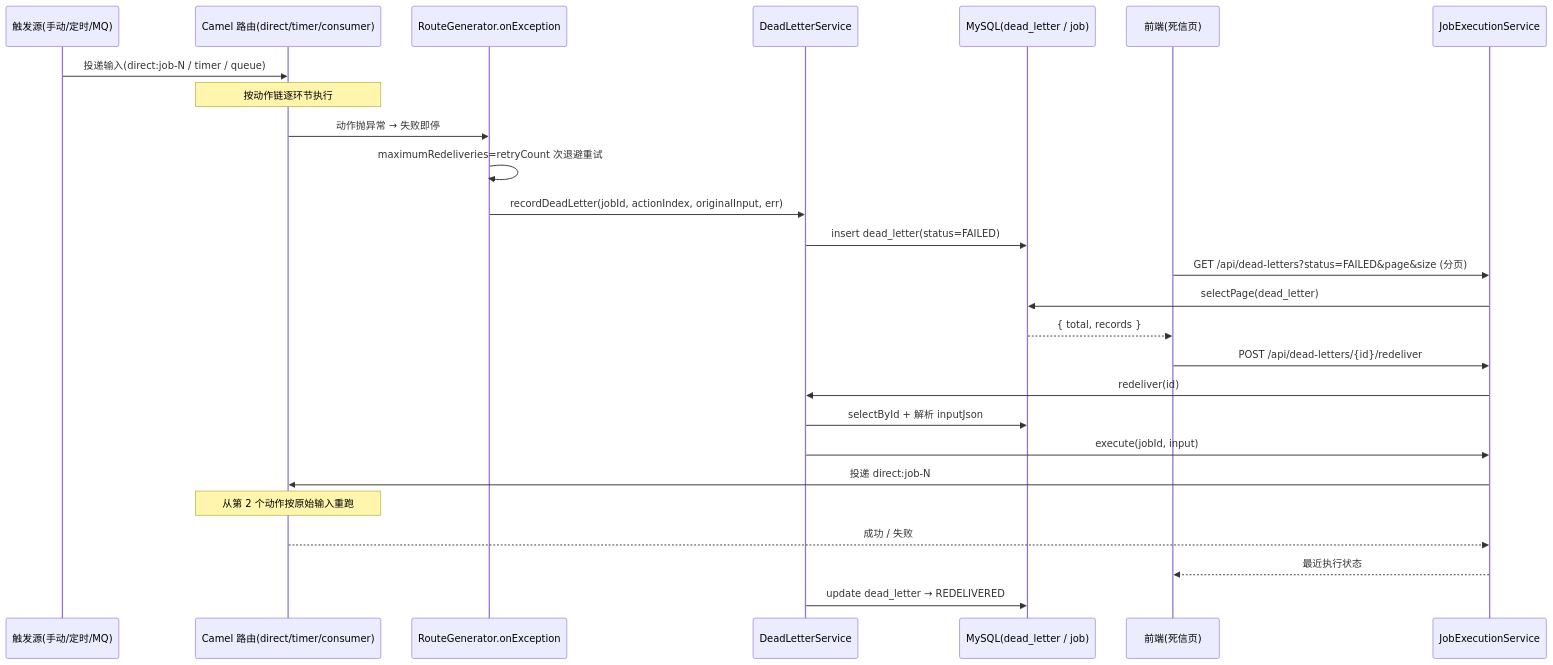
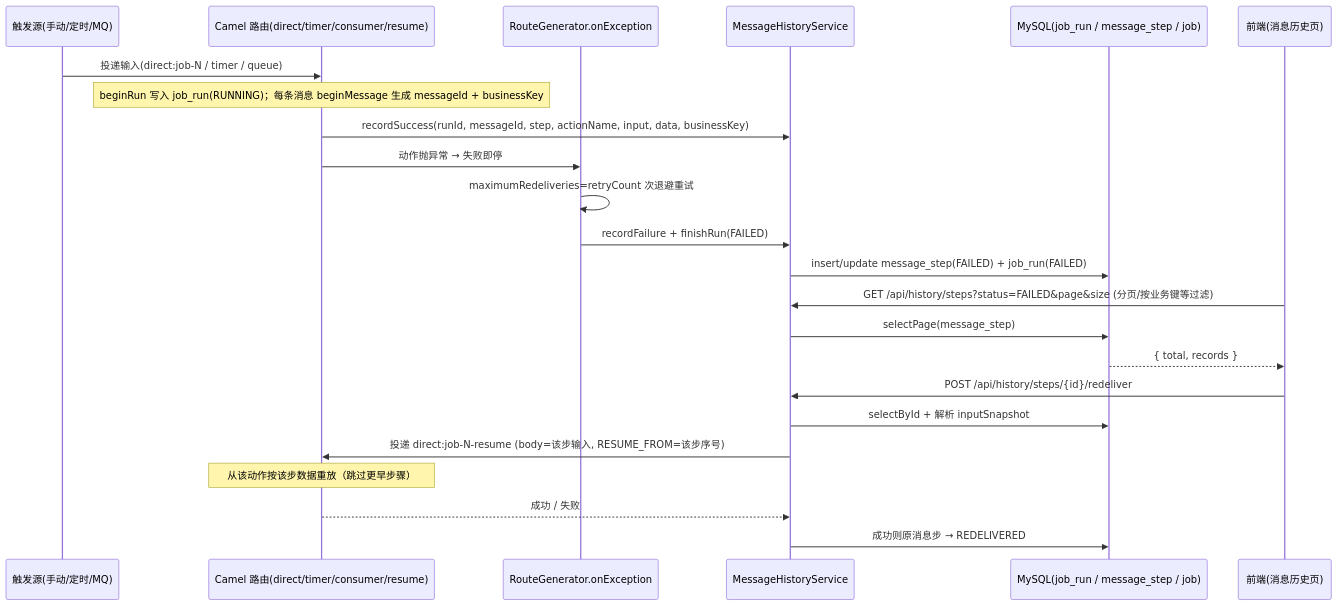
One commit to zz240/sailheader-mes-middleware changed the diagram in docs/flows/reliability-flow.md. Above: the diagram before and after it, drawn with Mermaid. The commit also changed other lines of this file and 43 other files, not shown here.

First line of the commit message:
feat(reliability): #70 消息历史——死信升维为运行/消息步（ADR-0009）+ 断点续跑 + businessKey

````diff
--- a/docs/flows/reliability-flow.md
+++ b/docs/flows/reliability-flow.md
@@ -23,29 +24,26 @@
 ```mermaid
 sequenceDiagram
     participant SRC as 触发源(手动/定时/MQ)
-    participant ROUTE as Camel 路由(direct/timer/consumer)
+    participant ROUTE as Camel 路由(direct/timer/consumer/resume)
     participant EH as RouteGenerator.onException
-    participant DL as DeadLetterService
-    participant DB as MySQL(dead_letter / job)
-    participant UI as 前端(死信页)
-    participant EXEC as JobExecutionService
+    participant MH as MessageHistoryService
+    participant DB as MySQL(job_run / message_step / job)
+    participant UI as 前端(消息历史页)
 
     SRC->>ROUTE: 投递输入(direct:job-N / timer / queue)
-    Note over ROUTE: 按动作链逐环节执行
+    Note over ROUTE: beginRun 写入 job_run(RUNNING)；每条消息 beginMessage 生成 messageId + businessKey
+    ROUTE->>MH: recordSuccess(runId, messageId, step, actionName, input, data, businessKey)
     ROUTE->>EH: 动作抛异常 → 失败即停
     EH->>EH: maximumRedeliveries=retryCount 次退避重试
-    EH->>DL: recordDeadLetter(jobId, actionIndex, originalInput, err)
-    DL->>DB: insert dead_letter(status=FAILED)
-    UI->>EXEC: GET /api/dead-letters?status=FAILED&page&size (分页)
-    EXEC->>DB: selectPage(dead_letter)
+    EH->>MH: recordFailure + finishRun(FAILED)
+    MH->>DB: insert/update message_step(FAILED) + job_run(FAILED)
+    UI->>MH: GET /api/history/steps?status=FAILED&page&size (分页/按业务键等过滤)
+    MH->>DB: selectPage(message_step)
     DB-->>UI: { total, records }
-    UI->>EXEC: POST /api/dead-letters/{id}/redeliver
-    EXEC->>DL: redeliver(id)
-    DL->>DB: selectById + 解析 inputJson
-    DL->>EXEC: execute(jobId, input)
-    EXEC->>ROUTE: 投递 direct:job-N
-    Note over ROUTE: 从第 2 个动作按原始输入重跑
-    ROUTE-->>EXEC: 成功 / 失败
-    EXEC-->>UI: 最近执行状态
-    DL->>DB: update dead_letter → REDELIVERED
+    UI->>MH: POST /api/history/steps/{id}/redeliver
+    MH->>DB: selectById + 解析 inputSnapshot
+    MH->>ROUTE: 投递 direct:job-N-resume (body=该步输入, RESUME_FROM=该步序号)
+    Note over ROUTE: 从该动作按该步数据重放（跳过更早步骤）
+    ROUTE-->>MH: 成功 / 失败
+    MH->>DB: 成功则原消息步 → REDELIVERED
 ```
````
